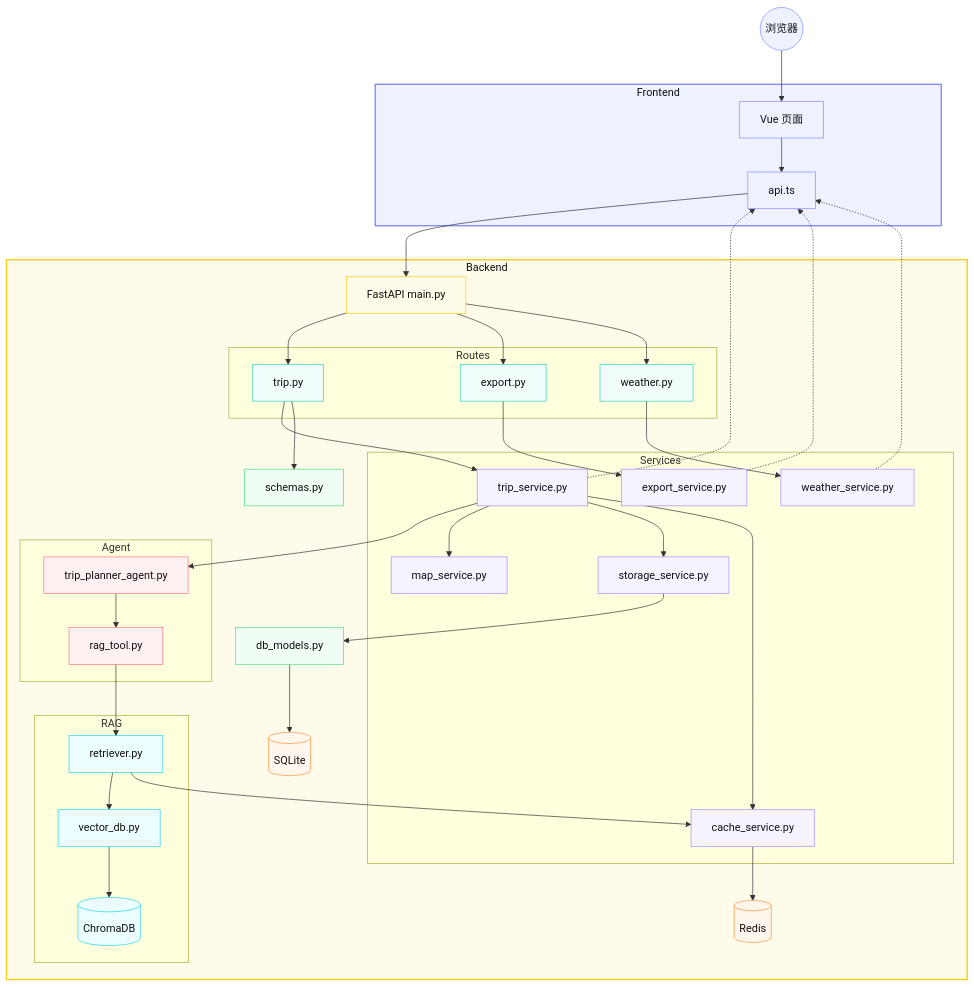
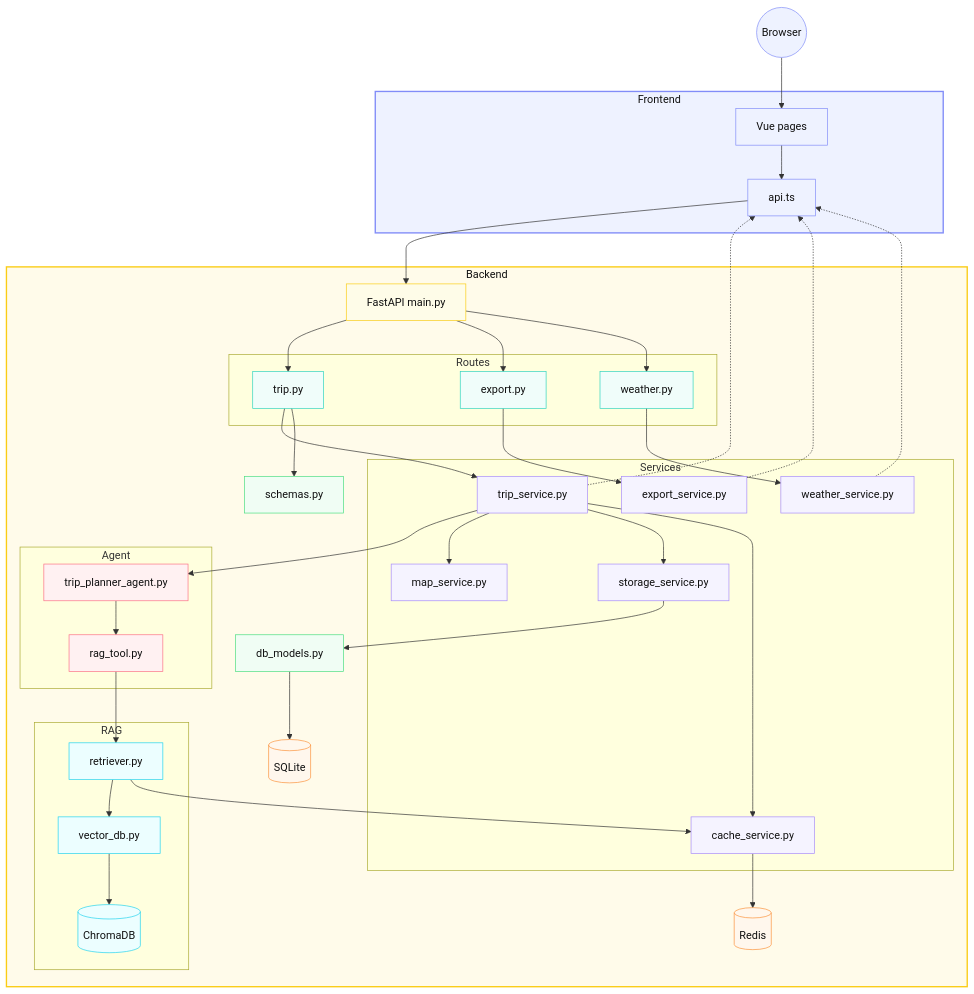
Before and after one commit to smartestjamie-art/ai-travel-planner: the first of 3 diagrams in README.md, drawn with Mermaid. The commit also changed other lines of this file and 51 other files, not shown here.

````diff
--- a/README.md
+++ b/README.md
@@ -97,10 +97,10 @@
 ```mermaid
 flowchart TD
-    Client(("浏览器"))
+    Client(("Browser"))
 
     %% ------- Frontend -------
     subgraph Frontend["Frontend"]
-        Vue["Vue 页面"]
+        Vue["Vue pages"]
         Api["api.ts"]
     end
     class Frontend frontendBg;
@@ -142,7 +142,7 @@
     end
     class Backend backendBg;
 
-    %% ------- 主流程（实线） -------
+    %% ------- Main flow (solid lines) -------
     Client --> Vue --> Api --> Main
 
     Main --> Trip
@@ -169,7 +169,7 @@
     StorageSvc --> DBModels
     DBModels --> SQLite
 
-    %% ------- 返回路径（虚线） -------
+    %% ------- Return path (dashed lines) -------
     TripSvc -.-> Api
     WeatherSvc -.-> Api
     ExportSvc -.-> Api
@@ -184,7 +184,7 @@
     classDef data fill:#f0fdf4,stroke:#4ade80,color:#111;
     classDef storage fill:#fff7ed,stroke:#fb923c,color:#111;
 
-    %% 背景框颜色（Frontend、Backend）
+    %% Background box colors (Frontend, Backend)
     classDef frontendBg fill:#eef2ff,stroke:#818cf8,stroke-width:2px,color:#111;
     classDef backendBg fill:#fffbea,stroke:#facc15,stroke-width:2px,color:#111;
 
````
